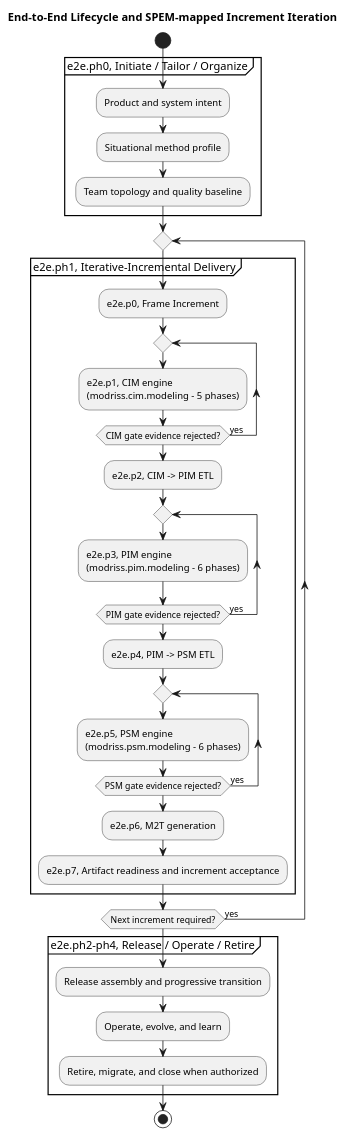
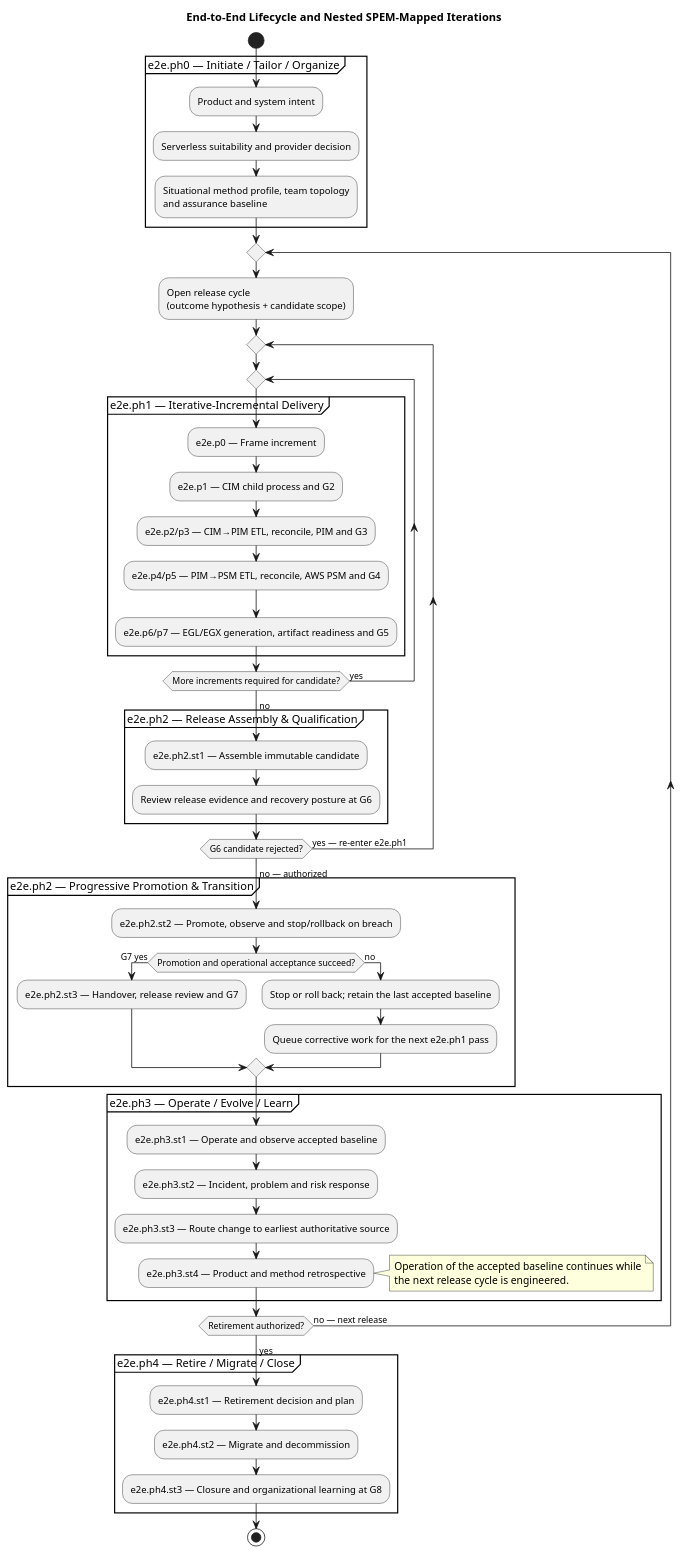
The diagram in mde/methodology/spem/end-to-end-process.activity.puml (mehdieidi/modriss), drawn with PlantUML before and after one commit. The commit also changed 42 other files, not shown here.

First line of the commit message:
feat(process): add situational method profile template and new tooling for method package management

```diff
--- a/mde/methodology/spem/end-to-end-process.activity.puml
+++ b/mde/methodology/spem/end-to-end-process.activity.puml
@@ -1,33 +1,64 @@
 @startuml end-to-end-process
-title End-to-End Lifecycle and SPEM-mapped Increment Iteration
+title End-to-End Lifecycle and Nested SPEM-Mapped Iterations
 start
-partition "e2e.ph0, Initiate / Tailor / Organize" {
+
+partition "e2e.ph0 — Initiate / Tailor / Organize" {
   :Product and system intent;
-  :Situational method profile;
-  :Team topology and quality baseline;
+  :Serverless suitability and provider decision;
+  :Situational method profile, team topology\nand assurance baseline;
 }
+
 repeat
-  partition "e2e.ph1, Iterative-Incremental Delivery" {
-    :e2e.p0, Frame Increment;
+  :Open release cycle\n(outcome hypothesis + candidate scope);
+
+  repeat
     repeat
-      :e2e.p1, CIM engine\n(modriss.cim.modeling - 5 phases);
-    repeat while (CIM gate evidence rejected?) is (yes)
-    :e2e.p2, CIM -> PIM ETL;
-    repeat
-      :e2e.p3, PIM engine\n(modriss.pim.modeling - 6 phases);
-    repeat while (PIM gate evidence rejected?) is (yes)
-    :e2e.p4, PIM -> PSM ETL;
-    repeat
-      :e2e.p5, PSM engine\n(modriss.psm.modeling - 6 phases);
-    repeat while (PSM gate evidence rejected?) is (yes)
-    :e2e.p6, M2T generation;
-    :e2e.p7, Artifact readiness and increment acceptance;
+      partition "e2e.ph1 — Iterative-Incremental Delivery" {
+        :e2e.p0 — Frame increment;
+        :e2e.p1 — CIM child process and G2;
+        :e2e.p2/p3 — CIM→PIM ETL, reconcile, PIM and G3;
+        :e2e.p4/p5 — PIM→PSM ETL, reconcile, AWS PSM and G4;
+        :e2e.p6/p7 — EGL/EGX generation, artifact readiness and G5;
+      }
+    repeat while (More increments required for candidate?) is (yes)
+    -> no;
+
+    partition "e2e.ph2 — Release Assembly & Qualification" {
+      :e2e.ph2.st1 — Assemble immutable candidate;
+      :Review release evidence and recovery posture at G6;
+    }
+  repeat while (G6 candidate rejected?) is (yes — re-enter e2e.ph1)
+  -> no — authorized;
+
+  partition "e2e.ph2 — Progressive Promotion & Transition" {
+    :e2e.ph2.st2 — Promote, observe and stop/rollback on breach;
+    if (Promotion and operational acceptance succeed?) then (G7 yes)
+      :e2e.ph2.st3 — Handover, release review and G7;
+    else (no)
+      :Stop or roll back; retain the last accepted baseline;
+      :Queue corrective work for the next e2e.ph1 pass;
+    endif
   }
-repeat while (Next increment required?) is (yes)
-partition "e2e.ph2-ph4, Release / Operate / Retire" {
-  :Release assembly and progressive transition;
-  :Operate, evolve, and learn;
-  :Retire, migrate, and close when authorized;
+
+  partition "e2e.ph3 — Operate / Evolve / Learn" {
+    :e2e.ph3.st1 — Operate and observe accepted baseline;
+    :e2e.ph3.st2 — Incident, problem and risk response;
+    :e2e.ph3.st3 — Route change to earliest authoritative source;
+    :e2e.ph3.st4 — Product and method retrospective;
+    note right
+      Operation of the accepted baseline continues while
+      the next release cycle is engineered.
+    end note
+  }
+
+repeat while (Retirement authorized?) is (no — next release)
+-> yes;
+
+partition "e2e.ph4 — Retire / Migrate / Close" {
+  :e2e.ph4.st1 — Retirement decision and plan;
+  :e2e.ph4.st2 — Migrate and decommission;
+  :e2e.ph4.st3 — Closure and organizational learning at G8;
 }
+
 stop
 @enduml
```
